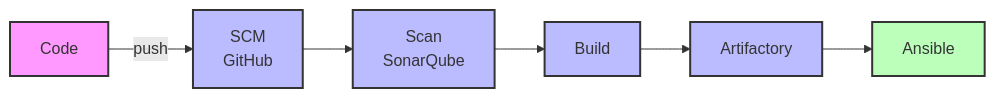
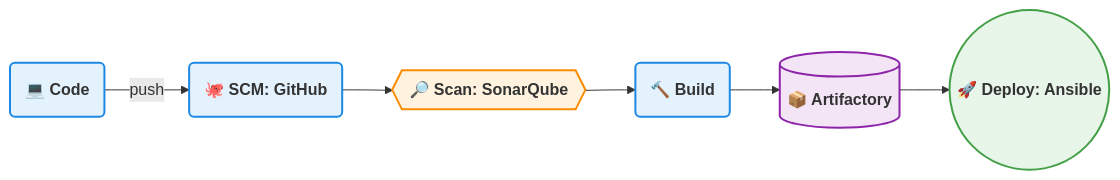
Before and after one commit to maratinikhil/Pipeline-Documentation: the first of 6 diagrams in README.md, drawn with Mermaid.

````diff
--- a/README.md
+++ b/README.md
@@ -37,15 +37,22 @@
 ```mermaid
 graph LR
-    A[Code] -- push --> B[SCM<br>GitHub]
-    B --> C[Scan<br>SonarQube]
-    C --> D[Build]
-    D --> E[Artifactory]
-    E --> F[Ansible]
+    %% Defining the Nodes with distinct shapes and emojis
+    A(💻 Code) -- push --> B(🐙 SCM: GitHub)
+    B --> C{{🔎 Scan: SonarQube}}
+    C --> D(🔨 Build)
+    D --> E[(📦 Artifactory)]
+    E --> F((🚀 Deploy: Ansible))
 
-    style A fill:#f9f,stroke:#333,stroke-width:2px
-    style B fill:#bbf,stroke:#333,stroke-width:2px
-    style C fill:#bbf,stroke:#333,stroke-width:2px
-    style D fill:#bbf,stroke:#333,stroke-width:2px
-    style E fill:#bbf,stroke:#333,stroke-width:2px
-    style F fill:#bfb,stroke:#333,stroke-width:2px
+    %% Modern Class Definitions for cleaner styling
+    classDef default font-family:sans-serif,font-weight:bold,color:#333;
+    classDef source fill:#e3f2fd,stroke:#1e88e5,stroke-width:2px;
+    classDef testing fill:#fff3e0,stroke:#fb8c00,stroke-width:2px;
+    classDef storage fill:#f3e5f5,stroke:#8e24aa,stroke-width:2px;
+    classDef deploy fill:#e8f5e9,stroke:#43a047,stroke-width:2px;
+
+    %% Applying the styles
+    class A,B,D source;
+    class C testing;
+    class E storage;
+    class F deploy;
 ```
````
